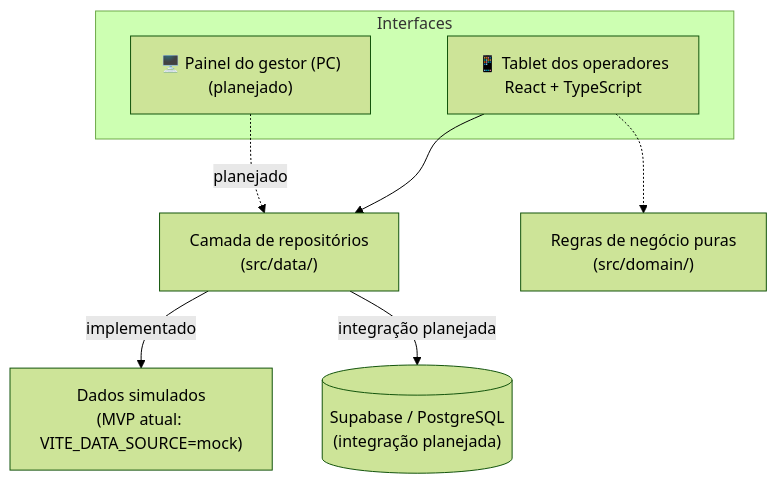
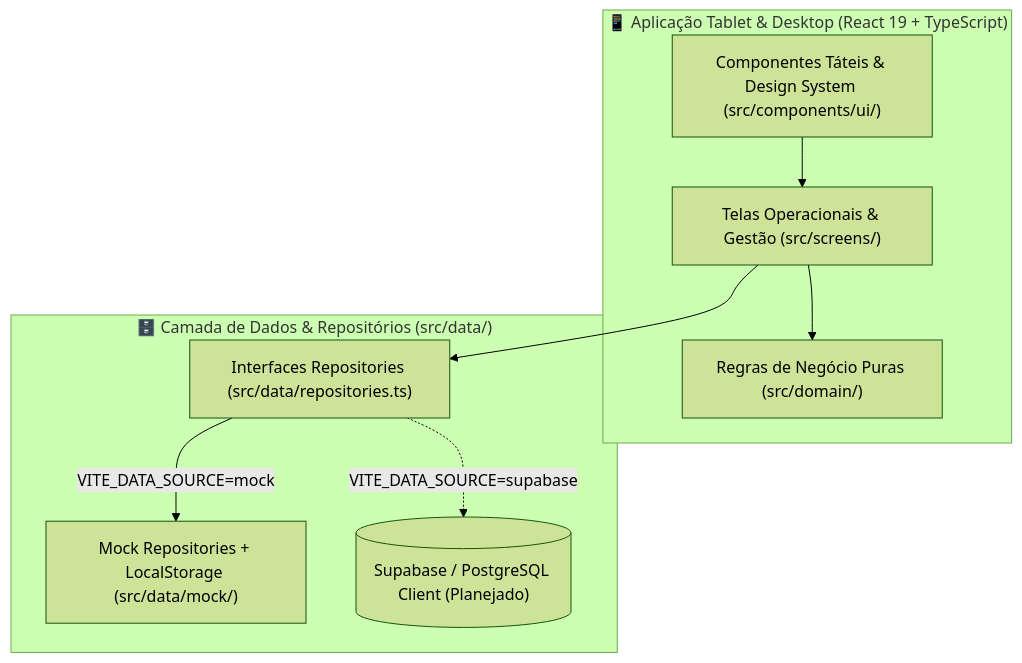
The second of 2 diagrams in README.md (CarvalhoNathan/mada), drawn with Mermaid (forest theme) before and after one commit. The commit also changed other lines of this file, not shown here.

Commit message:
docs(readme): update overview, technical roadmap, and team contributions

````diff
--- a/README.md
+++ b/README.md
@@ -79,16 +97,20 @@
 ```mermaid
 flowchart TB
-    subgraph Interfaces
-        T["📱 Tablet dos operadores<br/>React + TypeScript"]
-        P["🖥️ Painel do gestor (PC)<br/>(planejado)"]
+    subgraph Frontend ["📱 Aplicação Tablet & Desktop (React 19 + TypeScript)"]
+        UI["Componentes Táteis & Design System (src/components/ui/)"]
+        SC["Telas Operacionais & Gestão (src/screens/)"]
+        DM["Regras de Negócio Puras (src/domain/)"]
     end
-    R["Camada de repositórios<br/>(src/data/)"]
-    M["Dados simulados<br/>(MVP atual: VITE_DATA_SOURCE=mock)"]
-    S[("Supabase / PostgreSQL<br/>(integração planejada)")]
-    D["Regras de negócio puras<br/>(src/domain/)"]
-    T --> R
-    P -.->|planejado| R
-    T -.-> D
-    R -->|implementado| M
-    R -->|integração planejada| S
+
+    subgraph DataLayer ["🗄️ Camada de Dados & Repositórios (src/data/)"]
+        REP["Interfaces Repositories (src/data/repositories.ts)"]
+        MOCK["Mock Repositories + LocalStorage (src/data/mock/)"]
+        SUPA[("Supabase / PostgreSQL Client (Planejado)")]
+    end
+
+    UI --> SC
+    SC --> DM
+    SC --> REP
+    REP -->|VITE_DATA_SOURCE=mock| MOCK
+    REP -.->|VITE_DATA_SOURCE=supabase| SUPA
 ```
````
